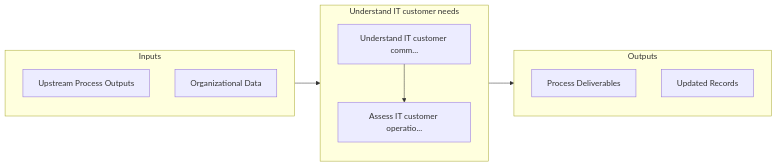
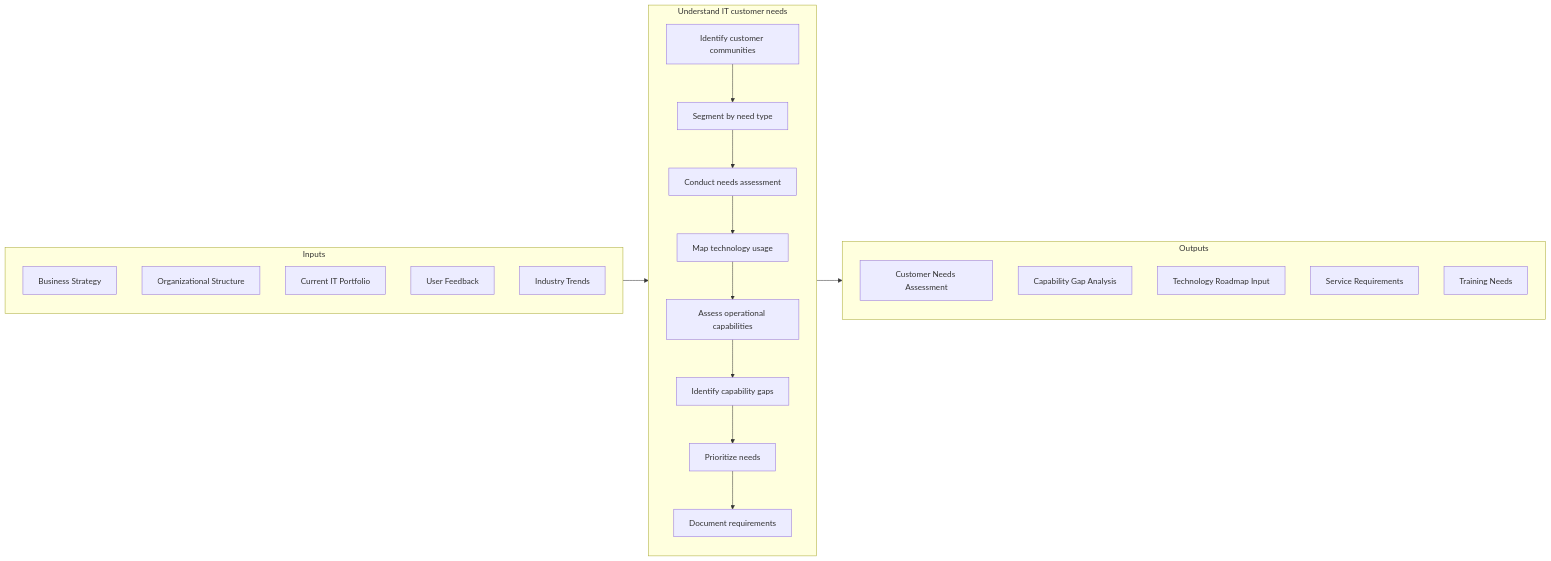
Before and after one commit to kziemski/business.org.ai: the second of 3 diagrams in processes/08-IT/8.1-DevelopManageITCustomer/8.1.1-UnderstandITCustomerNeeds/index.mdx, drawn with Mermaid. The commit also changed other lines of this file and 67 other files, not shown here.

First line of the commit message:
feat: enrich thin process and industry files

````diff
--- a/processes/08-IT/8.1-DevelopManageITCustomer/8.1.1-UnderstandITCustomerNeeds/index.mdx
+++ b/processes/08-IT/8.1-DevelopManageITCustomer/8.1.1-UnderstandITCustomerNeeds/index.mdx
@@ -60,20 +71,32 @@
 ```mermaid
 flowchart LR
     subgraph Inputs["Inputs"]
-        I1["Upstream Process Outputs"]
-        I2["Organizational Data"]
+        I1["Business Strategy"]
+        I2["Organizational Structure"]
+        I3["Current IT Portfolio"]
+        I4["User Feedback"]
+        I5["Industry Trends"]
     end
 
     subgraph Process["Understand IT customer needs"]
-        S1["Understand IT customer comm..."]
-        S2["Assess IT customer operatio..."]
+        S1["Identify customer communities"]
+        S2["Segment by need type"]
+        S3["Conduct needs assessment"]
+        S4["Map technology usage"]
+        S5["Assess operational capabilities"]
+        S6["Identify capability gaps"]
+        S7["Prioritize needs"]
+        S8["Document requirements"]
     end
 
     subgraph Outputs["Outputs"]
-        O1["Process Deliverables"]
-        O2["Updated Records"]
+        O1["Customer Needs Assessment"]
+        O2["Capability Gap Analysis"]
+        O3["Technology Roadmap Input"]
+        O4["Service Requirements"]
+        O5["Training Needs"]
     end
 
     Inputs --> Process --> Outputs
-    S1 --> S2
+    S1 --> S2 --> S3 --> S4 --> S5 --> S6 --> S7 --> S8
 ```
````
